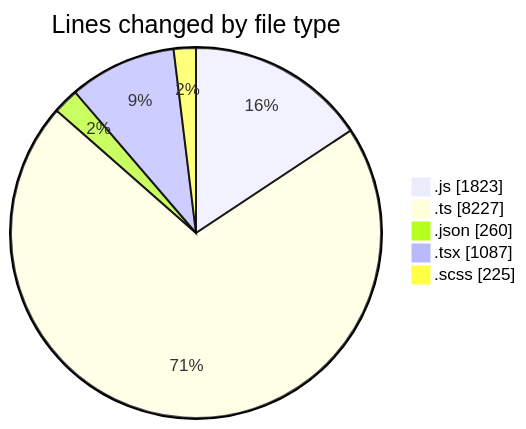
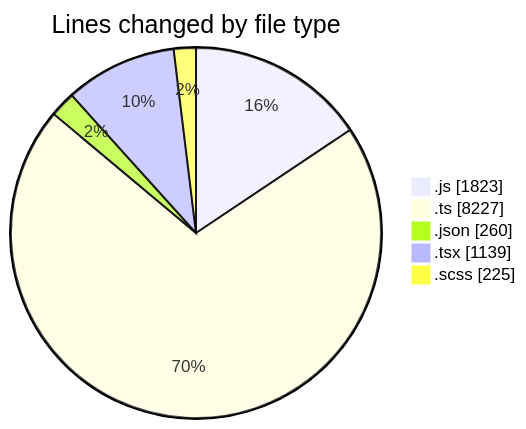
Before and after one commit to momahboobian/code-tracking: the first of 2 diagrams in 2026-04-08/cda/README.md, drawn with Mermaid. The commit also changed other lines of this file and 1 other file, not shown here.

````diff
--- a/2026-04-08/cda/README.md
+++ b/2026-04-08/cda/README.md
@@ -35,9 +35,9 @@
 ```mermaid
 pie showData
 title Lines changed by file type
 ".js" : 1823
 ".ts" : 8227
 ".json" : 260
-".tsx" : 1087
+".tsx" : 1139
 ".scss" : 225
 ```
````
